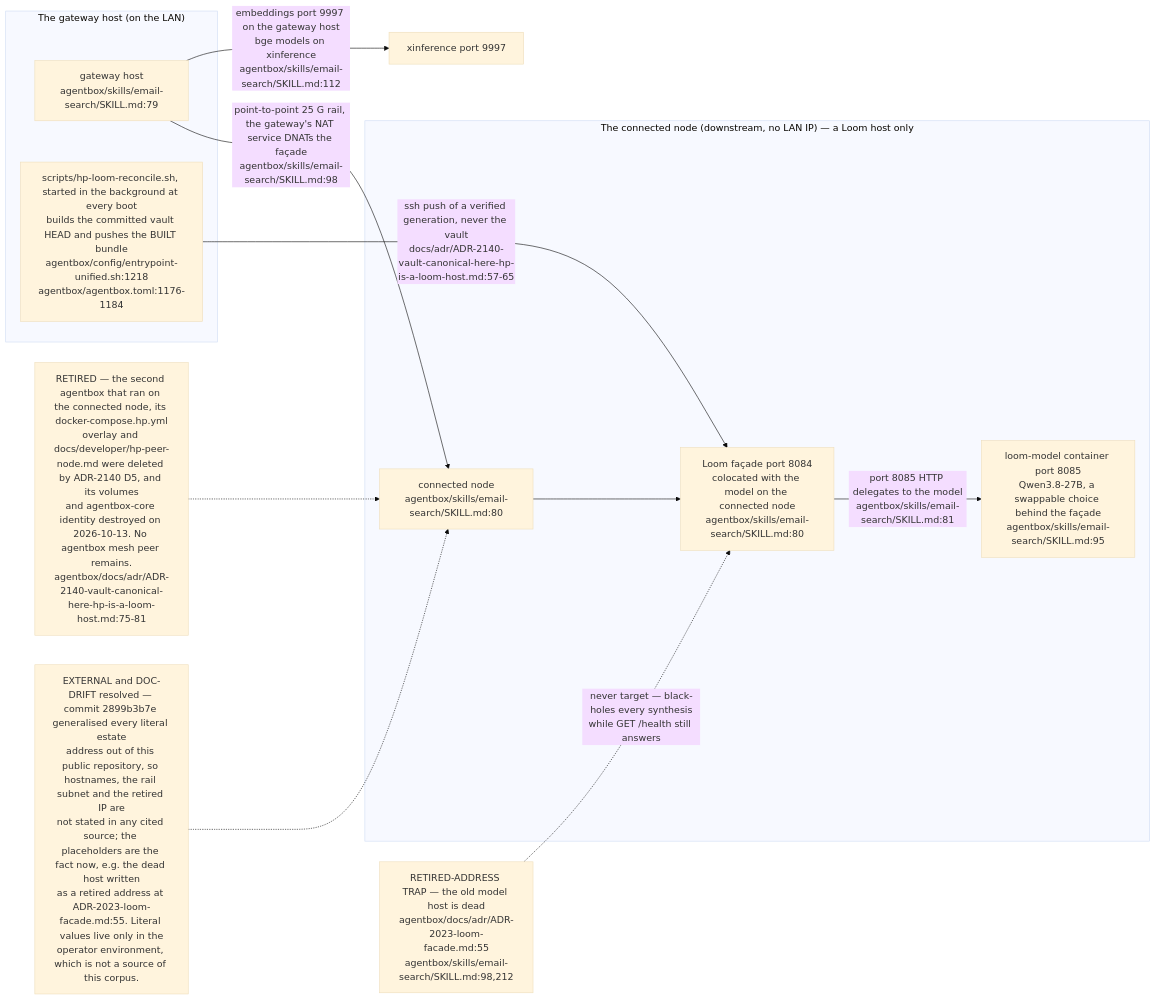
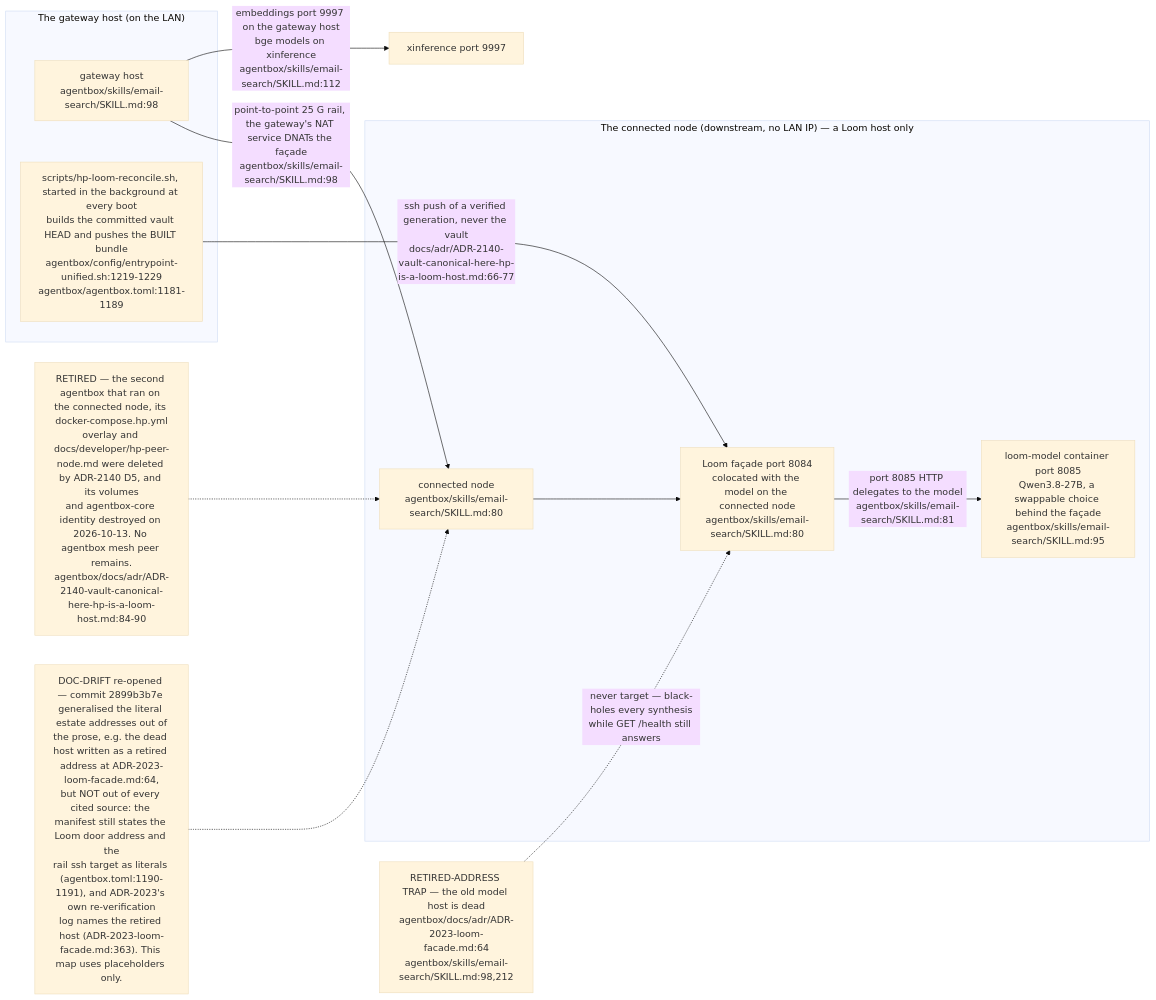
Before and after one commit to DreamLab-AI/VisionFlow: the second of 8 diagrams in docs/diagrams/estate/01-estate-topology.md, drawn with Mermaid (base theme). The commit also changed other lines of this file and 91 other files, not shown here.

First line of the commit message:
docs(audit): estate audit wave 2, every repository except agentbox and VisionClaw

````diff
--- a/docs/diagrams/estate/01-estate-topology.md
+++ b/docs/diagrams/estate/01-estate-topology.md
@@ -100,26 +103,26 @@
 ```mermaid
 flowchart LR
     subgraph ML["The gateway host (on the LAN)"]
-        MLHOST["gateway host<br/>agentbox/skills/email-search/SKILL.md:79"]
-        RECON["scripts/hp-loom-reconcile.sh, started in the background at every boot<br/>builds the committed vault HEAD and pushes the BUILT bundle<br/>agentbox/config/entrypoint-unified.sh:1218<br/>agentbox/agentbox.toml:1176-1184"]
+        MLHOST["gateway host<br/>agentbox/skills/email-search/SKILL.md:98"]
+        RECON["scripts/hp-loom-reconcile.sh, started in the background at every boot<br/>builds the committed vault HEAD and pushes the BUILT bundle<br/>agentbox/config/entrypoint-unified.sh:1219-1229<br/>agentbox/agentbox.toml:1181-1189"]
     end
     subgraph HP["The connected node (downstream, no LAN IP) — a Loom host only"]
         HPHOST["connected node<br/>agentbox/skills/email-search/SKILL.md:80"]
         LOOMFACADE["Loom façade port 8084<br/>colocated with the model on the connected node<br/>agentbox/skills/email-search/SKILL.md:80"]
         LOOMMODEL["loom-model container port 8085<br/>Qwen3.8-27B, a swappable choice behind the façade<br/>agentbox/skills/email-search/SKILL.md:95"]
     end
     MLHOST -->|"point-to-point 25 G rail, the gateway's NAT service DNATs the façade<br/>agentbox/skills/email-search/SKILL.md:98"| HPHOST
     HPHOST --> LOOMFACADE
     LOOMFACADE -->|"port 8085 HTTP delegates to the model<br/>agentbox/skills/email-search/SKILL.md:81"| LOOMMODEL
     MLHOST -->|"embeddings port 9997 on the gateway host<br/>bge models on xinference<br/>agentbox/skills/email-search/SKILL.md:112"| XINF["xinference port 9997"]
-    RECON -->|"ssh push of a verified generation, never the vault<br/>docs/adr/ADR-2140-vault-canonical-here-hp-is-a-loom-host.md:57-65"| LOOMFACADE
+    RECON -->|"ssh push of a verified generation, never the vault<br/>docs/adr/ADR-2140-vault-canonical-here-hp-is-a-loom-host.md:66-77"| LOOMFACADE
 
-    DEAD["RETIRED-ADDRESS TRAP — the old model host is dead<br/>agentbox/docs/adr/ADR-2023-loom-facade.md:55<br/>agentbox/skills/email-search/SKILL.md:98,212"]
+    DEAD["RETIRED-ADDRESS TRAP — the old model host is dead<br/>agentbox/docs/adr/ADR-2023-loom-facade.md:64<br/>agentbox/skills/email-search/SKILL.md:98,212"]
     DEAD -.->|"never target — black-holes every synthesis<br/>while GET /health still answers"| LOOMFACADE
 
-    GONE["RETIRED — the second agentbox that ran on the connected node, its docker-compose.hp.yml<br/>overlay and docs/developer/hp-peer-node.md were deleted by ADR-2140 D5, and its volumes<br/>and agentbox-core identity destroyed on 2026-10-13. No agentbox mesh peer remains.<br/>agentbox/docs/adr/ADR-2140-vault-canonical-here-hp-is-a-loom-host.md:75-81"]
+    GONE["RETIRED — the second agentbox that ran on the connected node, its docker-compose.hp.yml<br/>overlay and docs/developer/hp-peer-node.md were deleted by ADR-2140 D5, and its volumes<br/>and agentbox-core identity destroyed on 2026-10-13. No agentbox mesh peer remains.<br/>agentbox/docs/adr/ADR-2140-vault-canonical-here-hp-is-a-loom-host.md:84-90"]
     GONE -.-> HPHOST
 
-    GEN["EXTERNAL and DOC-DRIFT resolved — commit 2899b3b7e generalised every literal estate<br/>address out of this public repository, so hostnames, the rail subnet and the retired IP are<br/>not stated in any cited source; the placeholders are the fact now, e.g. the dead host written<br/>as a retired address at ADR-2023-loom-facade.md:55. Literal values live only in the<br/>operator environment, which is not a source of this corpus."]
+    GEN["DOC-DRIFT re-opened — commit 2899b3b7e generalised the literal estate addresses out of<br/>the prose, e.g. the dead host written as a retired address at ADR-2023-loom-facade.md:64,<br/>but NOT out of every cited source: the manifest still states the Loom door address and the<br/>rail ssh target as literals (agentbox.toml:1190-1191), and ADR-2023's own re-verification<br/>log names the retired host (ADR-2023-loom-facade.md:363). This map uses placeholders only."]
     GEN -.-> HPHOST
 ```
````
